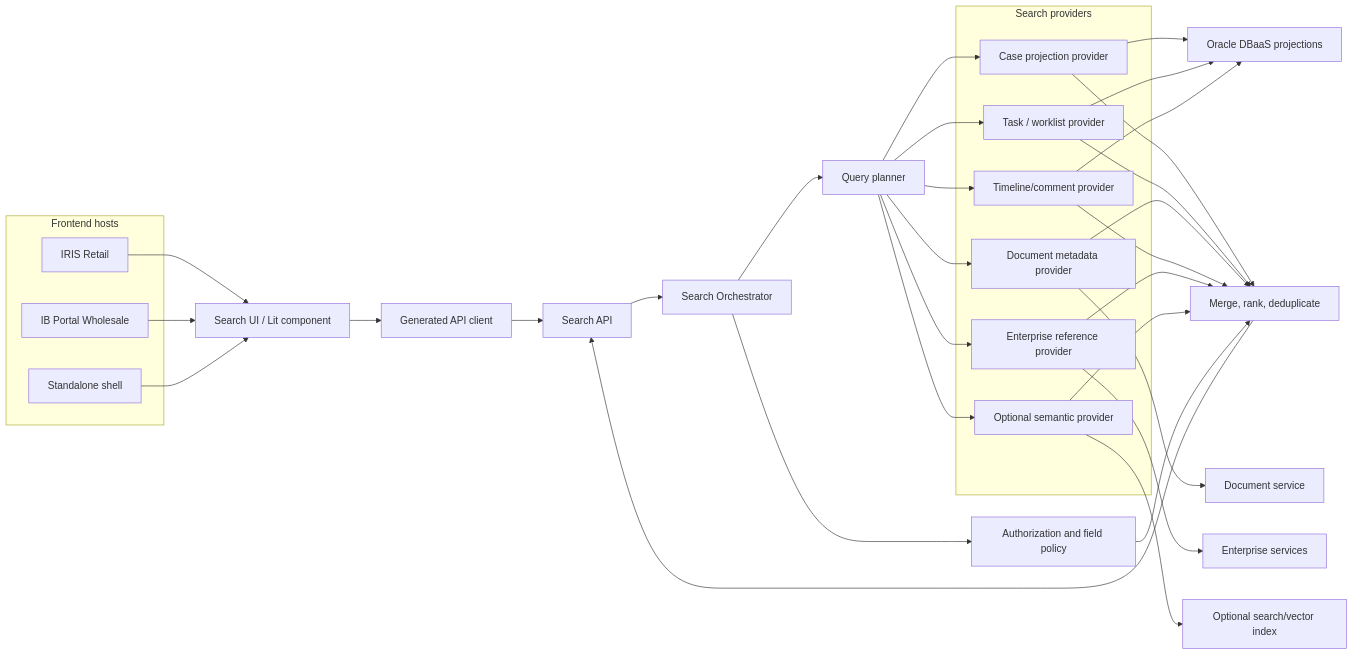
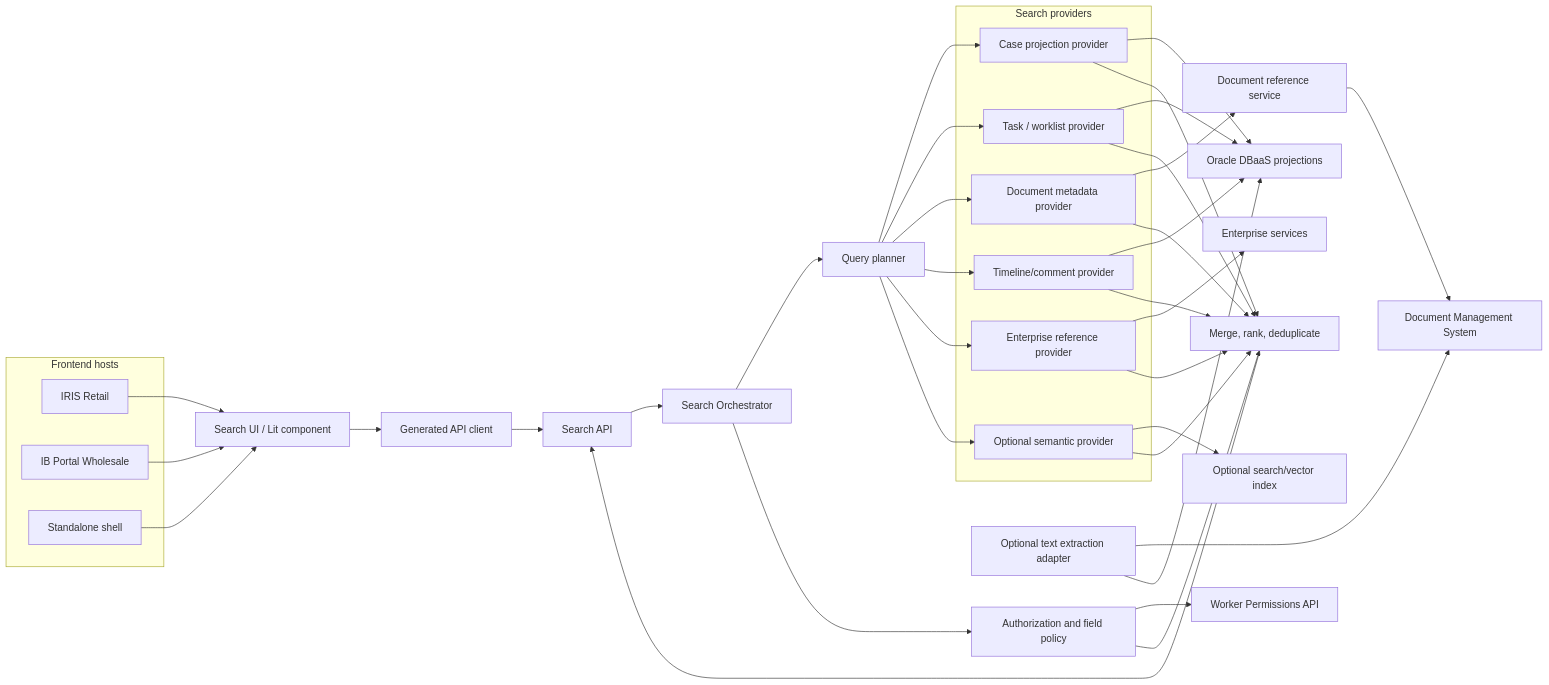
One commit to Ronrock/case-management-design changed the first of 3 diagrams in docs/search-architecture.md. Above: the diagram before and after it, drawn with Mermaid. The commit also changed other lines of this file and 41 other files, not shown here.

Commit message:
feat: secure document search with worker permissions

````diff
--- a/docs/search-architecture.md
+++ b/docs/search-architecture.md
@@ -26,57 +26,64 @@
 ```mermaid
 flowchart LR
   subgraph Hosts["Frontend hosts"]
     iris["IRIS Retail"]
     ib["IB Portal Wholesale"]
     shell["Standalone shell"]
   end
 
   component["Search UI / Lit component"]
   client["Generated API client"]
   api["Search API"]
   orchestrator["Search Orchestrator"]
   planner["Query planner"]
   auth["Authorization and field policy"]
+  wp["Worker Permissions API"]
   merge["Merge, rank, deduplicate"]
 
   subgraph Providers["Search providers"]
     cases["Case projection provider"]
     tasks["Task / worklist provider"]
     docs["Document metadata provider"]
     timeline["Timeline/comment provider"]
     enterprise["Enterprise reference provider"]
     semantic["Optional semantic provider"]
   end
 
   oracle["Oracle DBaaS projections"]
-  documentService["Document service"]
+  documentService["Document reference service"]
+  dms["Document Management System"]
+  extractor["Optional text extraction adapter"]
   enterpriseServices["Enterprise services"]
   vector["Optional search/vector index"]
 
   iris --> component
   ib --> component
   shell --> component
   component --> client --> api --> orchestrator
   orchestrator --> planner
   orchestrator --> auth
+  auth --> wp
   planner --> cases
   planner --> tasks
   planner --> docs
   planner --> timeline
   planner --> enterprise
   planner --> semantic
   cases --> oracle
   tasks --> oracle
   timeline --> oracle
   docs --> documentService
+  documentService --> dms
+  extractor --> dms
+  extractor --> oracle
   enterprise --> enterpriseServices
   semantic --> vector
   cases --> merge
   tasks --> merge
   docs --> merge
   timeline --> merge
   enterprise --> merge
   semantic --> merge
   auth --> merge
   merge --> api
 ```
````
